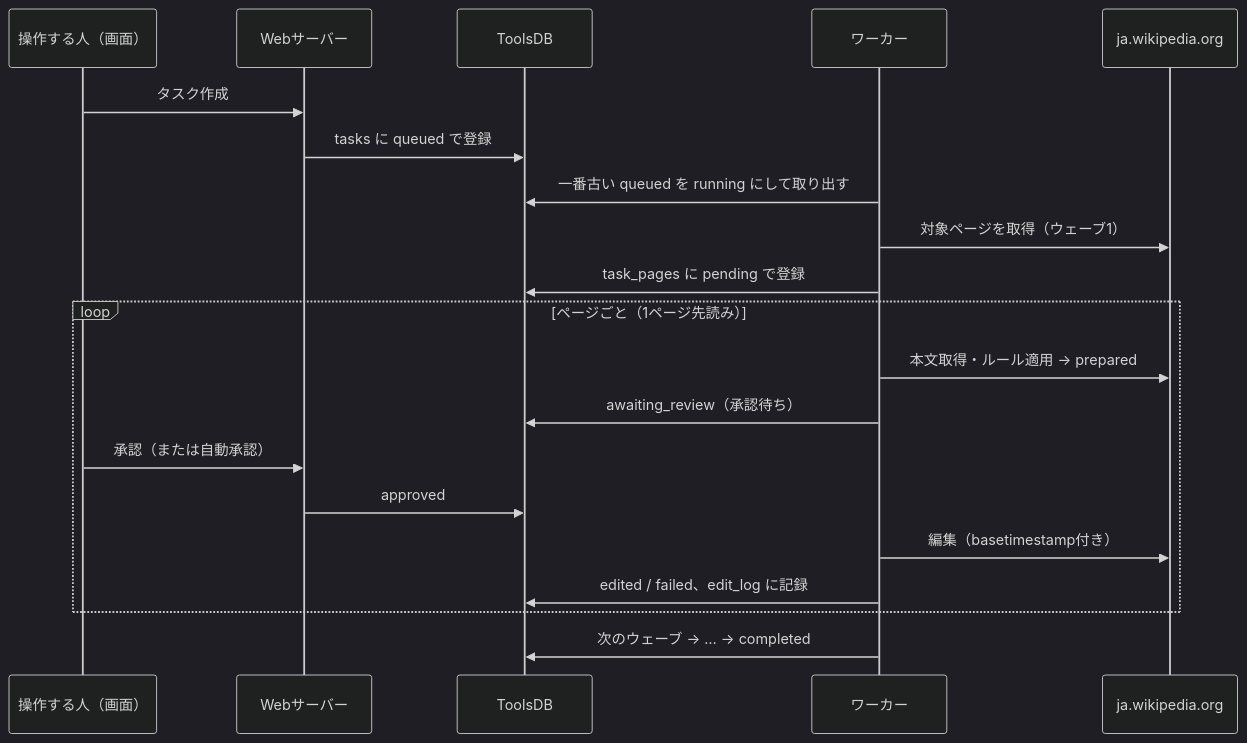
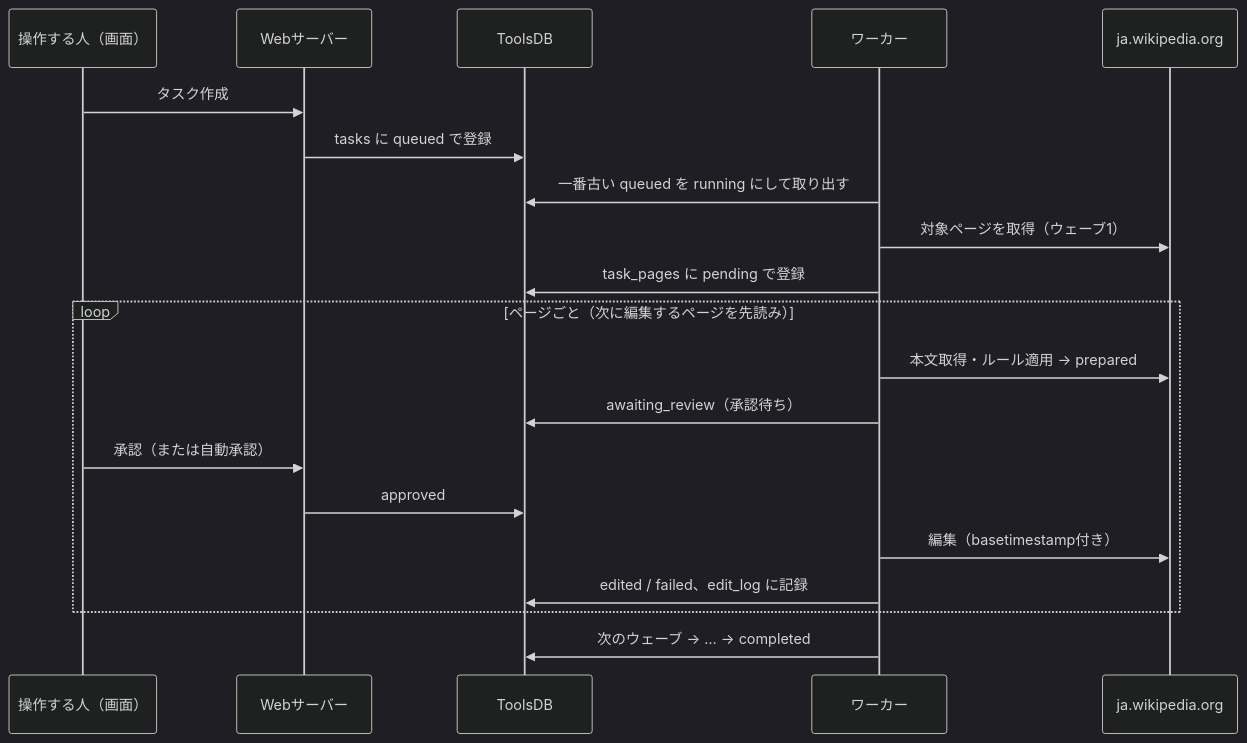
The first of 3 diagrams in docs/task-lifecycle.md (nanona15dobato/nanonaBot-Web), drawn with Mermaid (dark theme) before and after one commit. The commit also changed other lines of this file and 3 other files, not shown here.

````diff
--- a/docs/task-lifecycle.md
+++ b/docs/task-lifecycle.md
@@ -29,22 +29,22 @@
 ```mermaid
 sequenceDiagram
   participant U as 操作する人（画面）
   participant W as Webサーバー
   participant D as ToolsDB
   participant K as ワーカー
   participant M as ja.wikipedia.org
   U->>W: タスク作成
   W->>D: tasks に queued で登録
   K->>D: 一番古い queued を running にして取り出す
   K->>M: 対象ページを取得（ウェーブ1）
   K->>D: task_pages に pending で登録
-  loop ページごと（1ページ先読み）
+  loop ページごと（次に編集するページを先読み）
     K->>M: 本文取得・ルール適用 → prepared
     K->>D: awaiting_review（承認待ち）
     U->>W: 承認（または自動承認）
     W->>D: approved
     K->>M: 編集（basetimestamp付き）
     K->>D: edited / failed、edit_log に記録
   end
   K->>D: 次のウェーブ → … → completed
 ```
````
